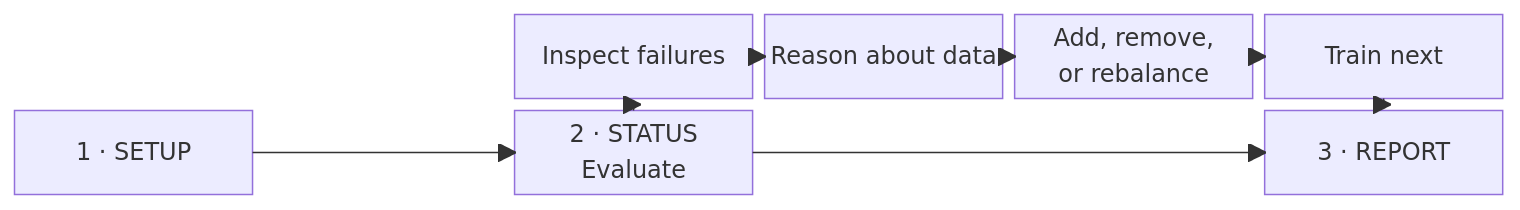
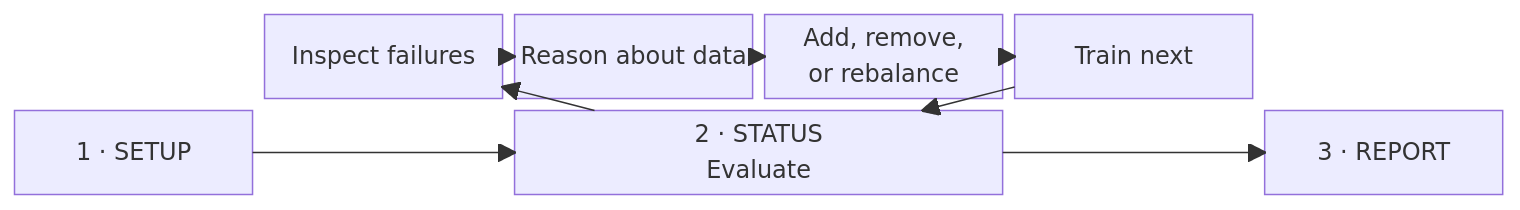
The diagram in README.md (yafitzdev/encoder-gym), drawn with Mermaid before and after one commit.

````diff
--- a/README.md
+++ b/README.md
@@ -105,15 +105,15 @@
 ```mermaid
 block-beta
     columns 6
 
-    space:2 inspect["Inspect failures"] reason["Reason about data"] curate["Add, remove,<br/>or rebalance"] train["Train next"]
-    setup["1 · SETUP"] space evaluate["2 · STATUS<br/>Evaluate"] space:2 report["3 · REPORT"]
+    space inspect["Inspect failures"] reason["Reason about data"] curate["Add, remove,<br/>or rebalance"] train["Train next"] space
+    setup["1 · SETUP"] space evaluate["2 · STATUS<br/>Evaluate"]:2 space report["3 · REPORT"]
 
     setup --> evaluate
     evaluate --> report
     evaluate --> inspect
     inspect --> reason
     reason --> curate
     curate --> train
-    train --> report
+    train --> evaluate
 ```
````
